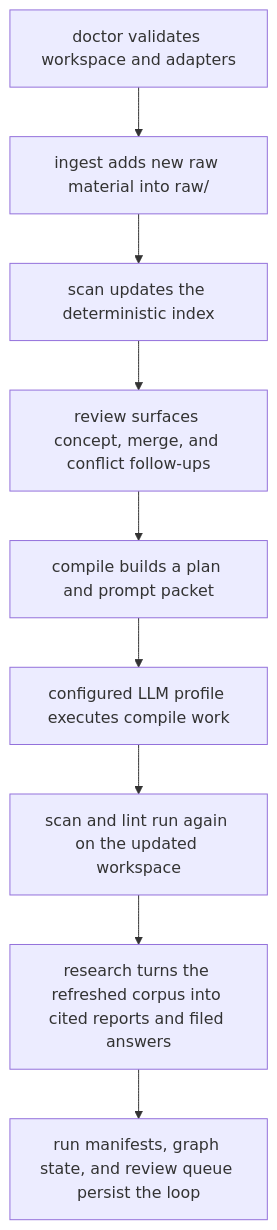
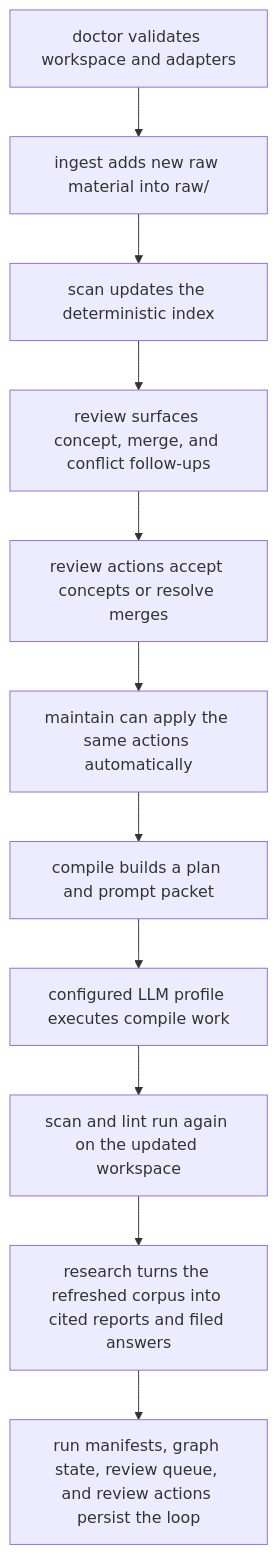
Before and after one commit to shrijacked/Cognisync: the diagram in docs/operator-workflows.md, drawn with Mermaid. The commit also changed other lines of this file and 2 other files, not shown here.

Commit message:
docs: explain actionable review loops

````diff
--- a/docs/operator-workflows.md
+++ b/docs/operator-workflows.md
@@ -17,11 +18,13 @@
 ```mermaid
 flowchart TD
     A["doctor validates workspace and adapters"] --> B["ingest adds new raw material into raw/"]
     B --> C["scan updates the deterministic index"]
     C --> D["review surfaces concept, merge, and conflict follow-ups"]
-    D --> E["compile builds a plan and prompt packet"]
-    E --> F["configured LLM profile executes compile work"]
-    F --> G["scan and lint run again on the updated workspace"]
-    G --> H["research turns the refreshed corpus into cited reports and filed answers"]
-    H --> I["run manifests, graph state, and review queue persist the loop"]
+    D --> E["review actions accept concepts or resolve merges"]
+    E --> F["maintain can apply the same actions automatically"]
+    F --> G["compile builds a plan and prompt packet"]
+    G --> H["configured LLM profile executes compile work"]
+    H --> I["scan and lint run again on the updated workspace"]
+    I --> J["research turns the refreshed corpus into cited reports and filed answers"]
+    J --> K["run manifests, graph state, review queue, and review actions persist the loop"]
 ```
````
